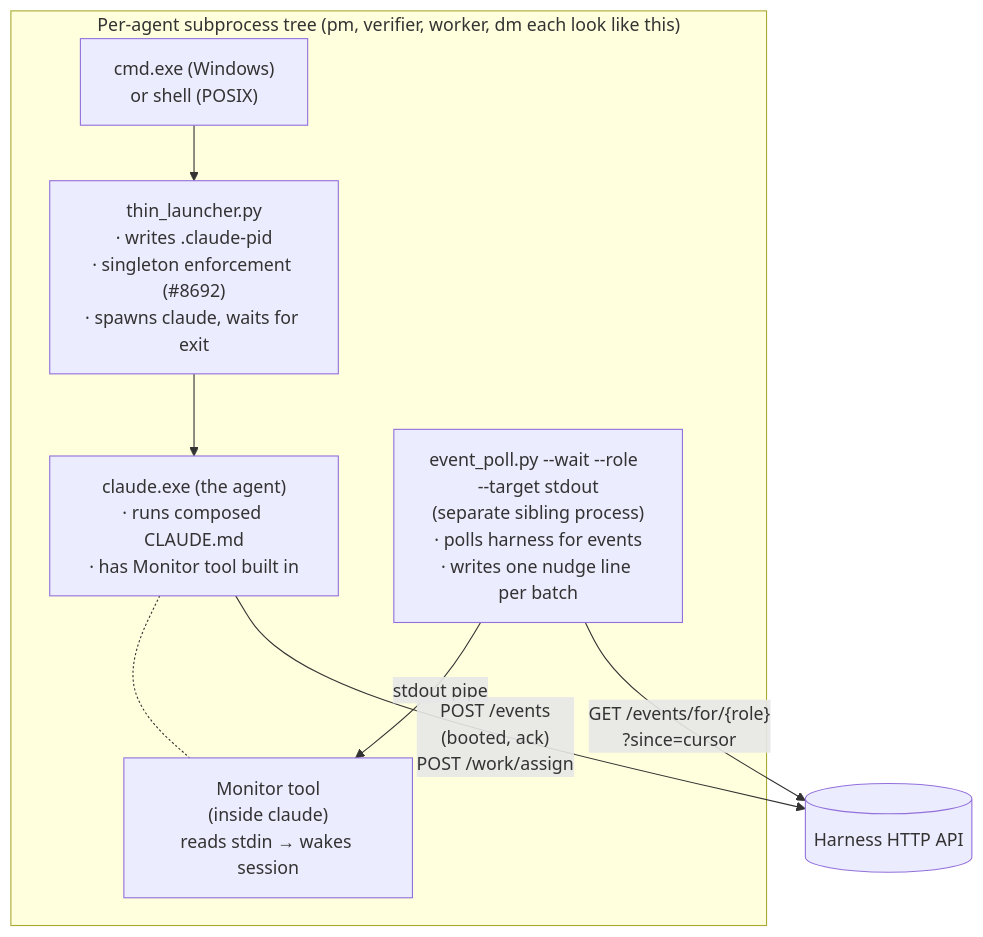
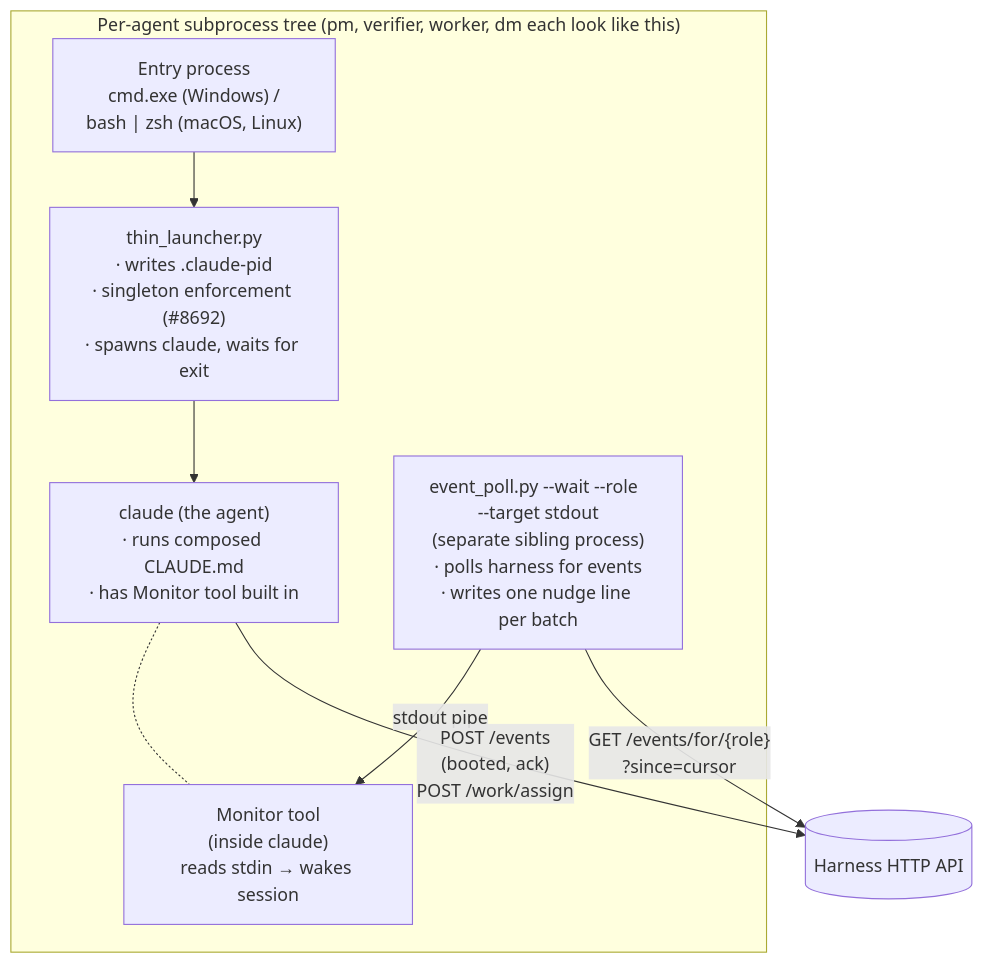
One commit to WallyDoodlez/SquidSquad changed the third of 16 diagrams in docs/AGENT-RUNTIME.md. Above: the diagram before and after it, drawn with Mermaid. The commit also changed other lines of this file, not shown here.

First line of the commit message:
pm: §3.2 OS variants — name macOS/Linux explicitly + variants table

````diff
--- a/docs/AGENT-RUNTIME.md
+++ b/docs/AGENT-RUNTIME.md
@@ -164,19 +164,19 @@
 ```mermaid
 flowchart TB
     subgraph agent_tree["Per-agent subprocess tree (pm, verifier, worker, dm each look like this)"]
-        Cmd["cmd.exe (Windows)<br/>or shell (POSIX)"]
+        Cmd["Entry process<br/>cmd.exe (Windows) /<br/>bash | zsh (macOS, Linux)"]
         TL["thin_launcher.py<br/>· writes .claude-pid<br/>· singleton enforcement (#8692)<br/>· spawns claude, waits for exit"]
-        Claude["claude.exe (the agent)<br/>· runs composed CLAUDE.md<br/>· has Monitor tool built in"]
+        Claude["claude (the agent)<br/>· runs composed CLAUDE.md<br/>· has Monitor tool built in"]
         Monitor["Monitor tool<br/>(inside claude)<br/>reads stdin → wakes session"]
         Poll["event_poll.py --wait --role <role> --target stdout<br/>(separate sibling process)<br/>· polls harness for events<br/>· writes one nudge line per batch"]
 
         Cmd --> TL
         TL --> Claude
         Claude -.- Monitor
         Poll -- "stdout pipe" --> Monitor
     end
 
     HarnessAPI[("Harness HTTP API")]
     Poll -- "GET /events/for/{role}<br/>?since=cursor" --> HarnessAPI
     Claude -- "POST /events<br/>(booted, ack)<br/>POST /work/assign" --> HarnessAPI
 ```
````
